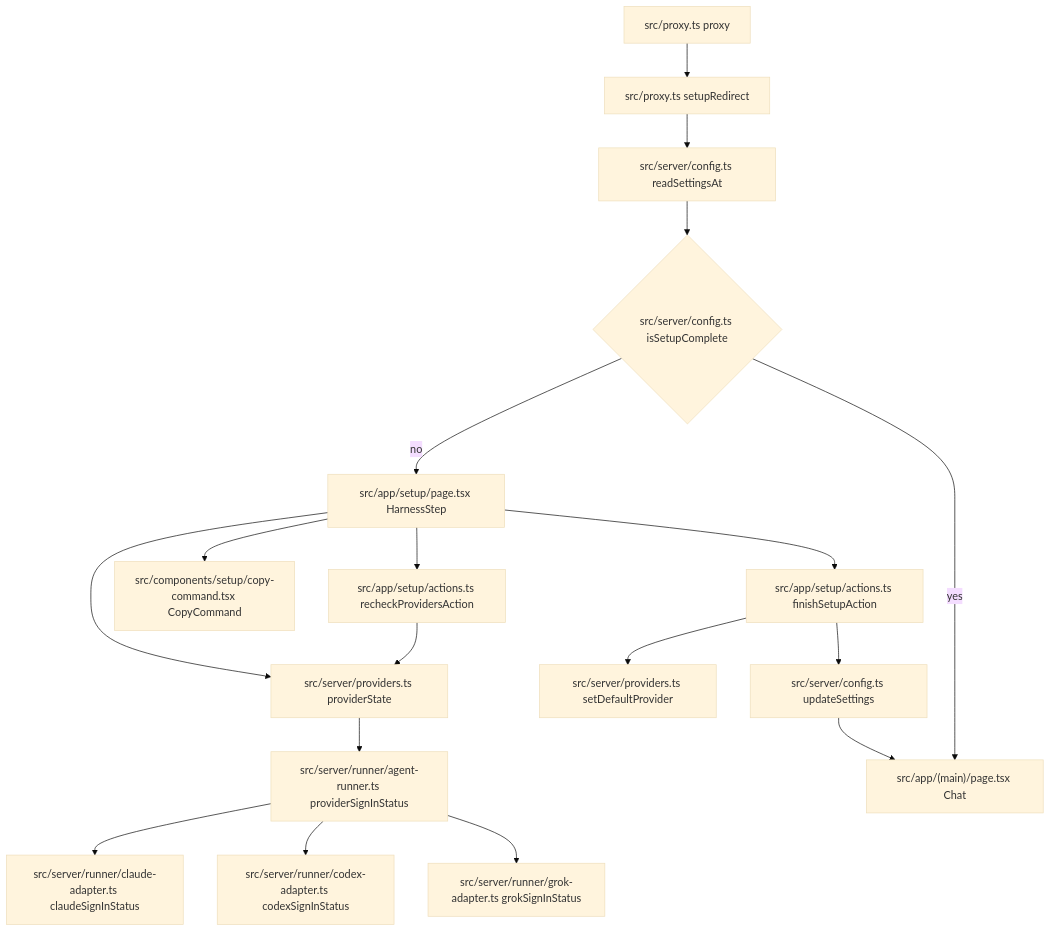
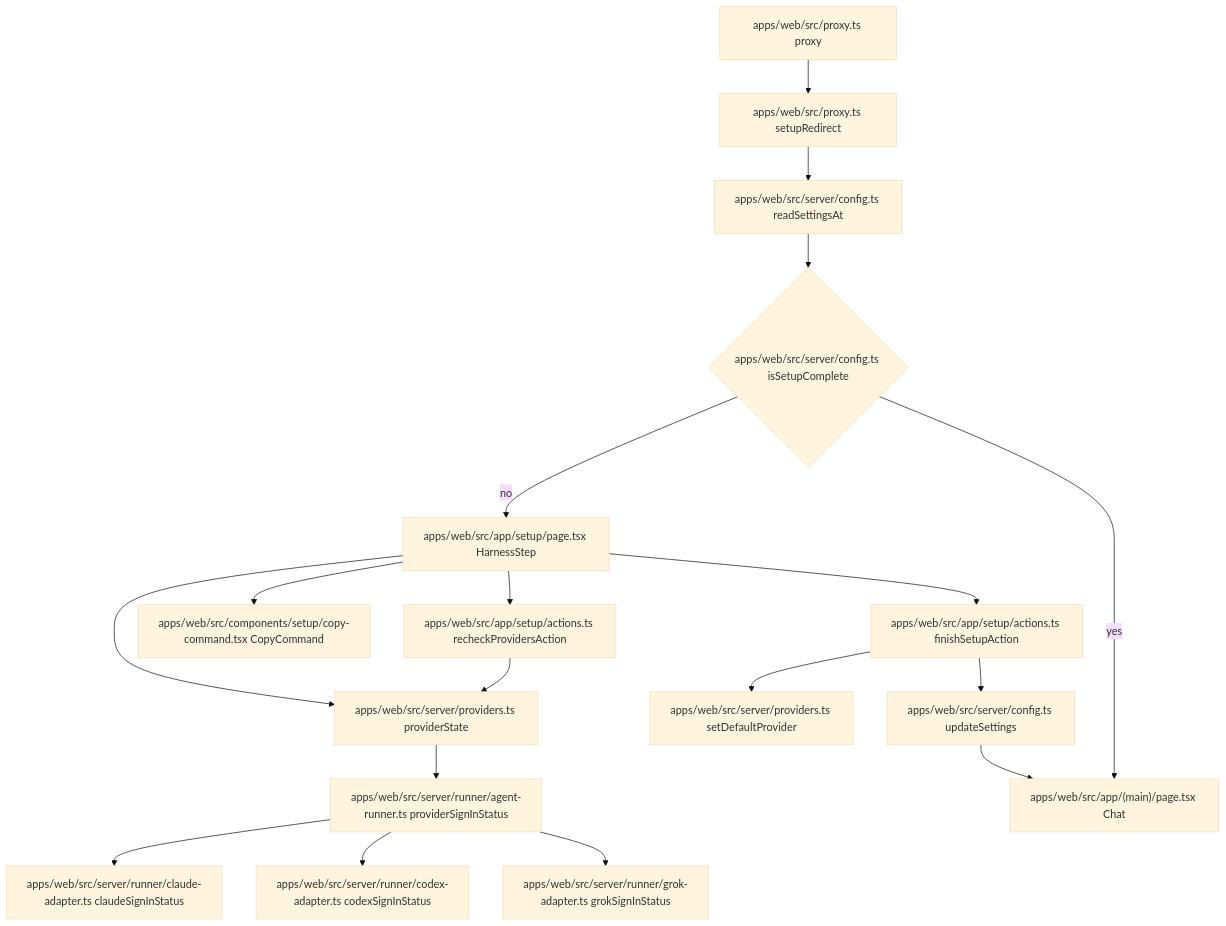
Before and after one commit to devjiwonchoi/busyboy: the second of 5 diagrams in DOMAIN.md, drawn with Mermaid (base theme). The commit also changed other lines of this file and 95 other files, not shown here.

````diff
--- a/DOMAIN.md
+++ b/DOMAIN.md
@@ -27,20 +27,20 @@
 ```mermaid
 flowchart TD
-  Request["src/proxy.ts proxy"] --> Redirect["src/proxy.ts setupRedirect"]
-  Redirect --> Settings["src/server/config.ts readSettingsAt"]
-  Settings --> Complete{"src/server/config.ts isSetupComplete"}
-  Complete -->|no| Page["src/app/setup/page.tsx HarnessStep"]
-  Complete -->|yes| Home["src/app/(main)/page.tsx Chat"]
-  Page --> State["src/server/providers.ts providerState"]
-  State --> SignIn["src/server/runner/agent-runner.ts providerSignInStatus"]
-  SignIn --> Claude["src/server/runner/claude-adapter.ts claudeSignInStatus"]
-  SignIn --> Codex["src/server/runner/codex-adapter.ts codexSignInStatus"]
-  SignIn --> Grok["src/server/runner/grok-adapter.ts grokSignInStatus"]
-  Page --> Copy["src/components/setup/copy-command.tsx CopyCommand"]
-  Page --> Recheck["src/app/setup/actions.ts recheckProvidersAction"]
+  Request["apps/web/src/proxy.ts proxy"] --> Redirect["apps/web/src/proxy.ts setupRedirect"]
+  Redirect --> Settings["apps/web/src/server/config.ts readSettingsAt"]
+  Settings --> Complete{"apps/web/src/server/config.ts isSetupComplete"}
+  Complete -->|no| Page["apps/web/src/app/setup/page.tsx HarnessStep"]
+  Complete -->|yes| Home["apps/web/src/app/(main)/page.tsx Chat"]
+  Page --> State["apps/web/src/server/providers.ts providerState"]
+  State --> SignIn["apps/web/src/server/runner/agent-runner.ts providerSignInStatus"]
+  SignIn --> Claude["apps/web/src/server/runner/claude-adapter.ts claudeSignInStatus"]
+  SignIn --> Codex["apps/web/src/server/runner/codex-adapter.ts codexSignInStatus"]
+  SignIn --> Grok["apps/web/src/server/runner/grok-adapter.ts grokSignInStatus"]
+  Page --> Copy["apps/web/src/components/setup/copy-command.tsx CopyCommand"]
+  Page --> Recheck["apps/web/src/app/setup/actions.ts recheckProvidersAction"]
   Recheck --> State
-  Page --> Finish["src/app/setup/actions.ts finishSetupAction"]
-  Finish --> Choose["src/server/providers.ts setDefaultProvider"]
-  Finish --> Stamp["src/server/config.ts updateSettings"]
+  Page --> Finish["apps/web/src/app/setup/actions.ts finishSetupAction"]
+  Finish --> Choose["apps/web/src/server/providers.ts setDefaultProvider"]
+  Finish --> Stamp["apps/web/src/server/config.ts updateSettings"]
   Stamp --> Home
 ```
````
